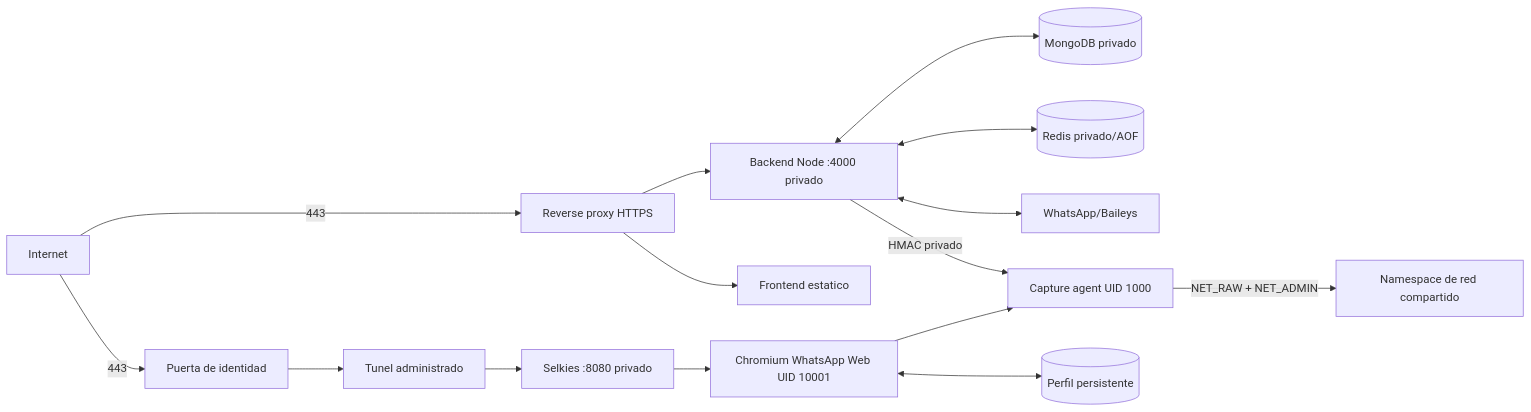
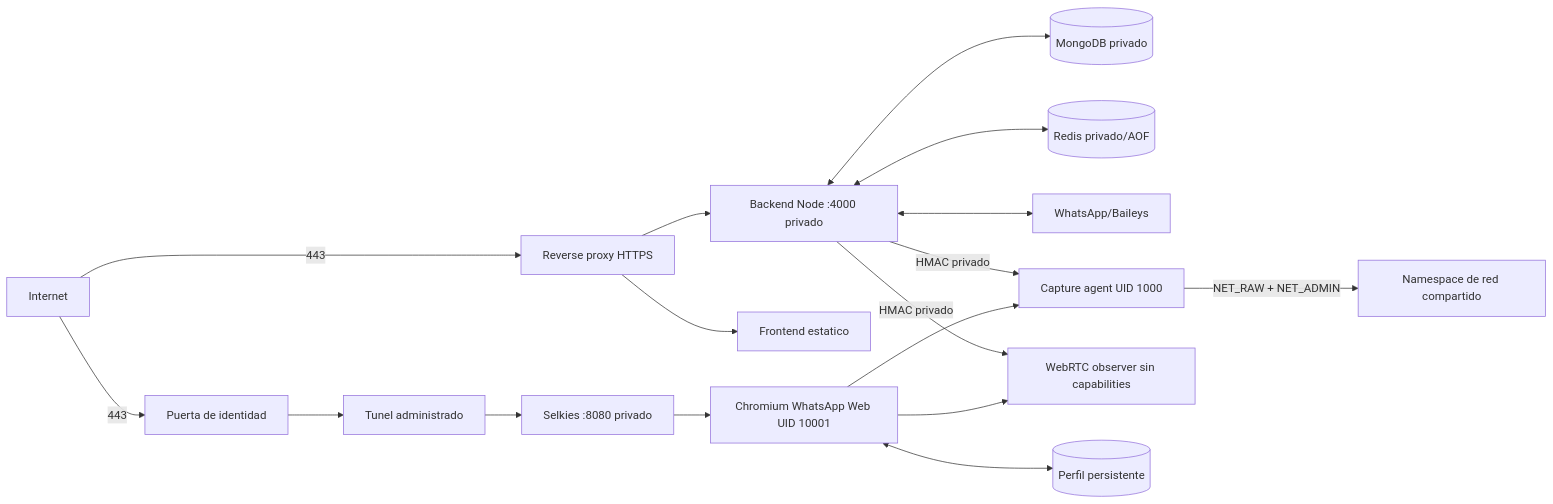
Before and after one commit to deco31416/wp-monitor: the diagram in docs/operations/ubuntu-vps.md, drawn with Mermaid. The commit also changed other lines of this file and 66 other files, not shown here.

Commit message:
feat: add bounded WebRTC call evidence

````diff
--- a/docs/operations/ubuntu-vps.md
+++ b/docs/operations/ubuntu-vps.md
@@ -11,17 +11,19 @@
 ```mermaid
 flowchart LR
     Internet -->|443| Proxy[Reverse proxy HTTPS]
     Internet -->|443| Access[Puerta de identidad]
     Access --> Tunnel[Tunel administrado]
     Tunnel --> Selkies[Selkies :8080 privado]
     Selkies --> Browser[Chromium WhatsApp Web UID 10001]
     Proxy --> UI[Frontend estatico]
     Proxy --> API[Backend Node :4000 privado]
     API <--> Mongo[(MongoDB privado)]
     API <--> Redis[(Redis privado/AOF)]
     API <--> WA[WhatsApp/Baileys]
     API -->|HMAC privado| Agent[Capture agent UID 1000]
+    API -->|HMAC privado| Observer[WebRTC observer sin capabilities]
     Browser --> Agent
+    Browser --> Observer
     Browser <--> Profile[(Perfil persistente)]
     Agent -->|NET_RAW + NET_ADMIN| Namespace[Namespace de red compartido]
 ```
````
